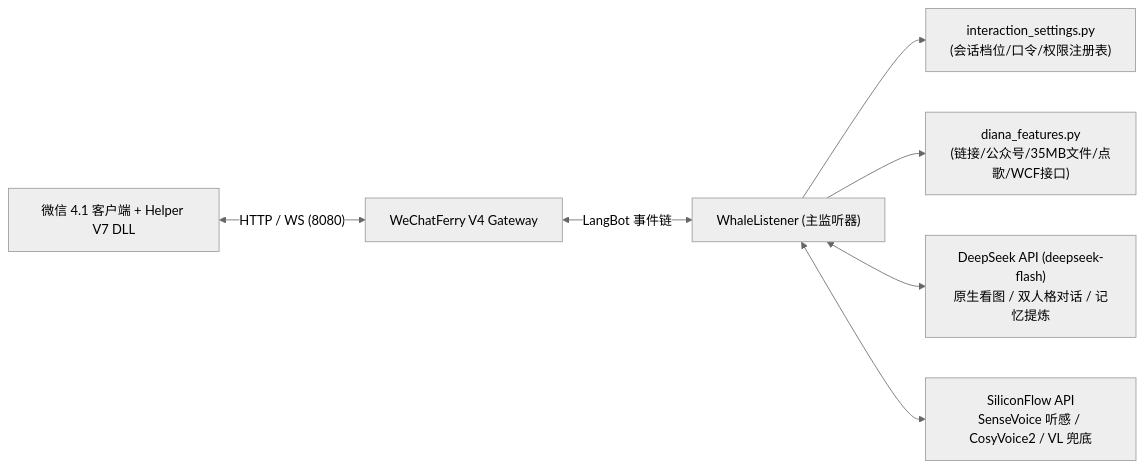
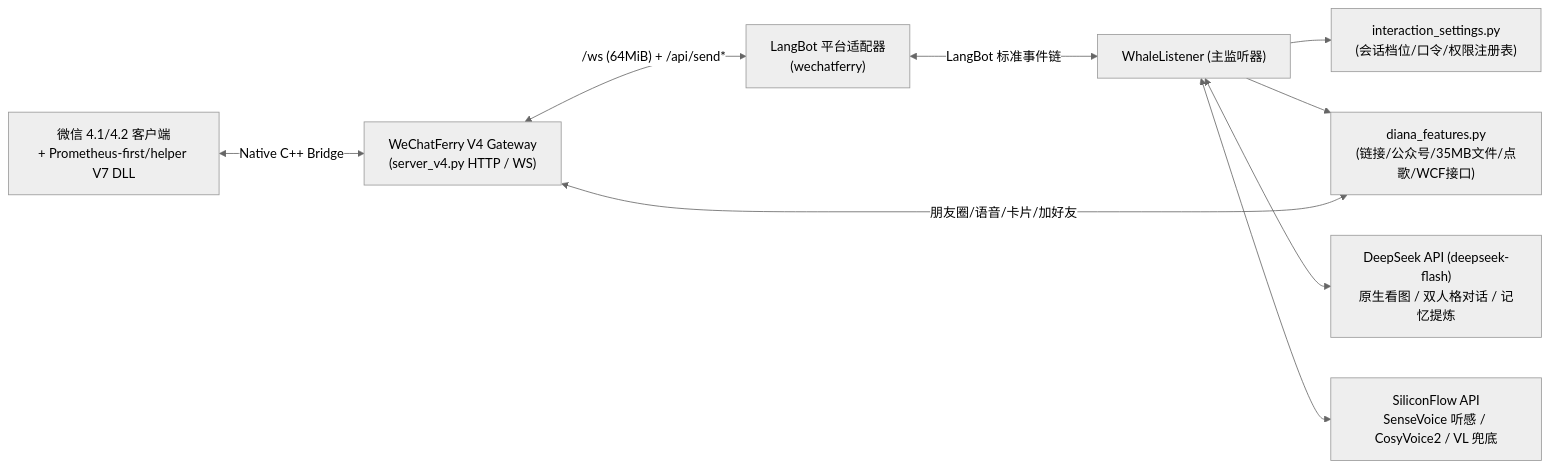
The diagram in README.md (a251231/whale_persona_plugin), drawn with Mermaid (neutral theme) before and after one commit. The commit also changed other lines of this file and 1 other file, not shown here.

Commit message:
docs: document LangBot wechatferry adapter, Prometheus-first/helper bridge, and multi-adapter compatibility

````diff
--- a/README.md
+++ b/README.md
@@ -54,9 +54,11 @@
 ```mermaid
 flowchart LR
-    A["微信 4.1 客户端 + Helper V7 DLL"] <-->|"HTTP / WS (8080)"| B["WeChatFerry V4 Gateway"]
-    B <-->|"LangBot 事件链"| C["WhaleListener (主监听器)"]
+    A["微信 4.1/4.2 客户端\n+ Prometheus-first/helper V7 DLL"] <-->|"Native C++ Bridge"| B["WeChatFerry V4 Gateway\n(server_v4.py HTTP / WS)"]
+    B <-->|"/ws (64MiB) + /api/send*"| H["LangBot 平台适配器\n(wechatferry)"]
+    H <-->|"LangBot 标准事件链"| C["WhaleListener (主监听器)"]
     C --> D["interaction_settings.py\n(会话档位/口令/权限注册表)"]
     C --> E["diana_features.py\n(链接/公众号/35MB文件/点歌/WCF接口)"]
+    B <-->|"朋友圈/语音/卡片/加好友"| E
     C <--> F["DeepSeek API (deepseek-flash)\n原生看图 / 双人格对话 / 记忆提炼"]
     C <--> G["SiliconFlow API\nSenseVoice 听感 / CosyVoice2 / VL 兜底"]
 ```
````
